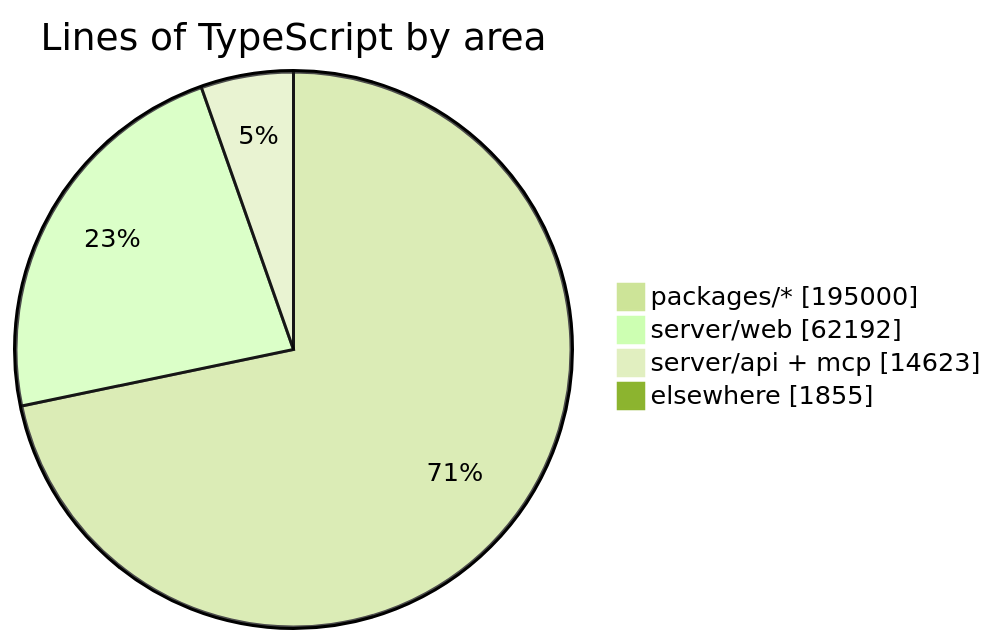
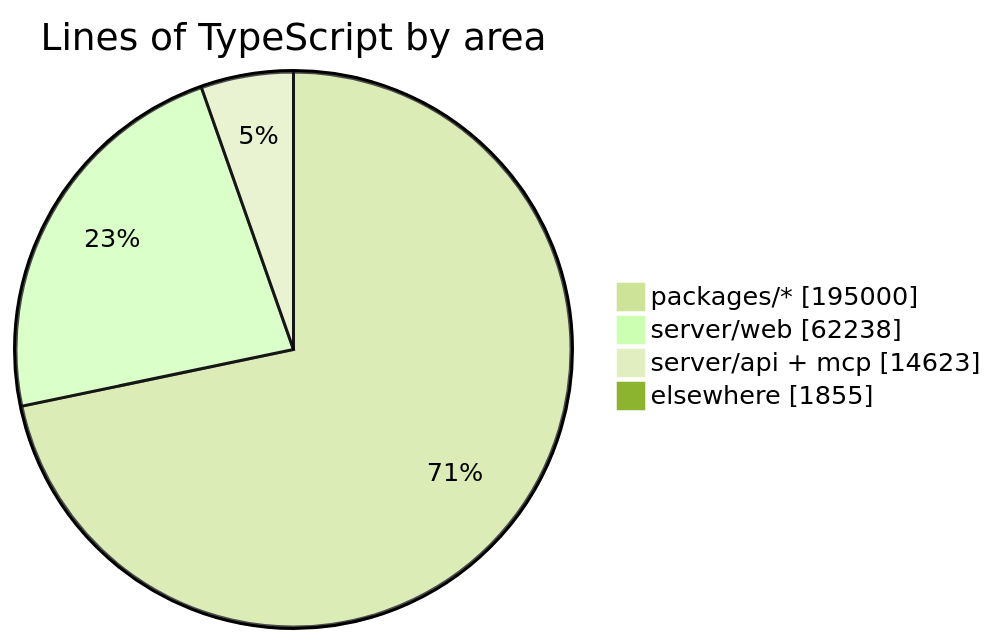
One commit to crossworks-engineering/mantle changed the diagram in README.md. Above: the diagram before and after it, drawn with Mermaid (forest theme). The commit also changed other lines of this file and 2 other files, not shown here.

````diff
--- a/README.md
+++ b/README.md
@@ -287,7 +287,7 @@
 ```mermaid
 pie showData title Lines of TypeScript by area
     "packages/*" : 195000
-    "server/web" : 62192
+    "server/web" : 62238
     "server/api + mcp" : 14623
     "elsewhere" : 1855
 ```
````
